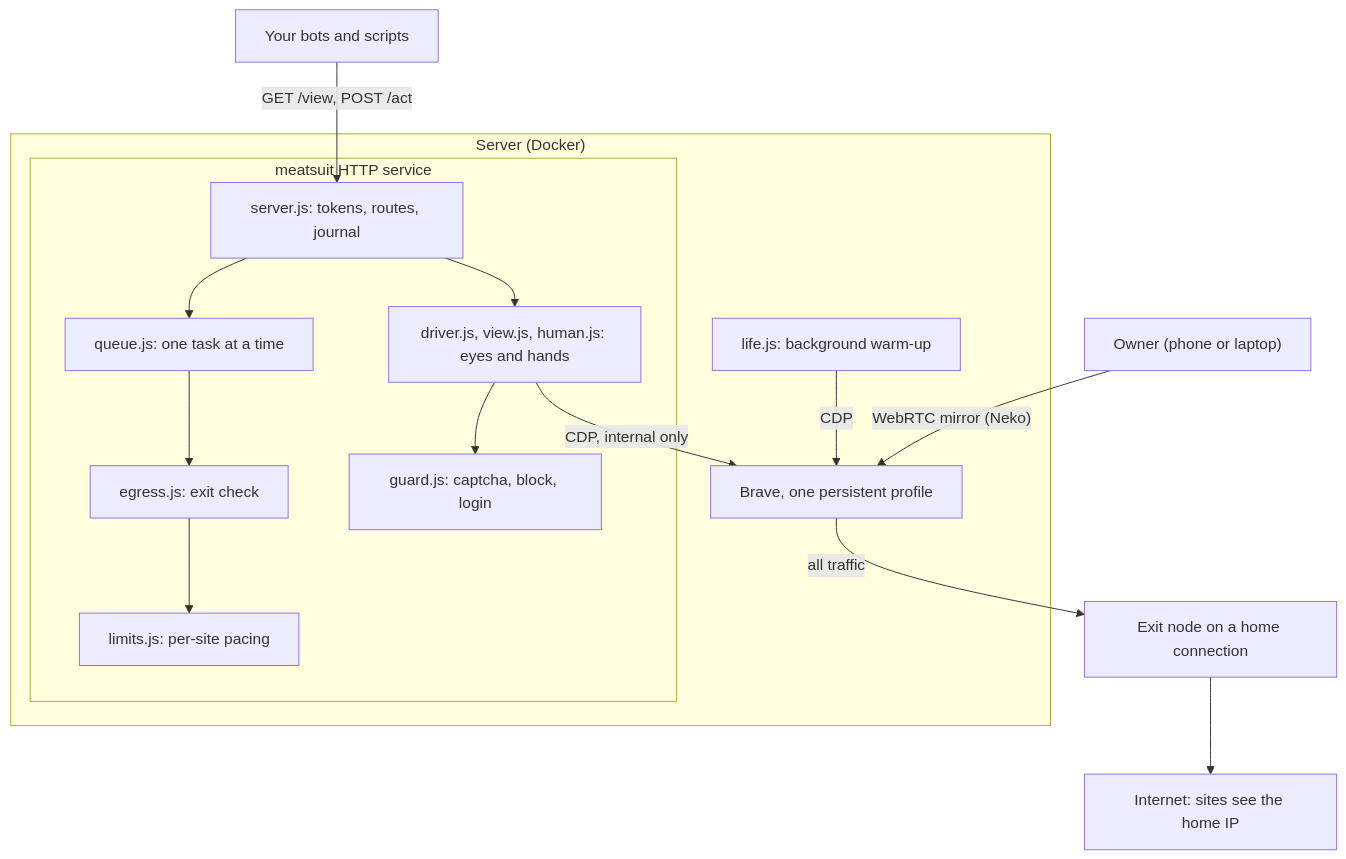
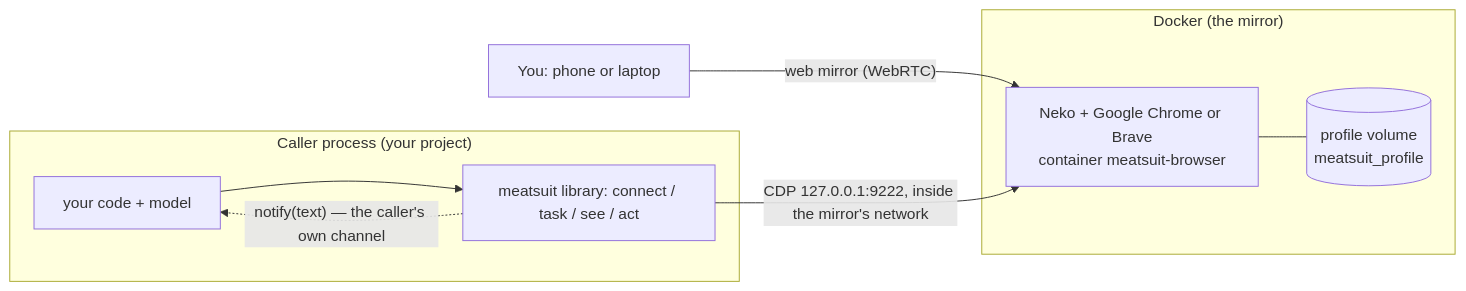
One commit to AnoirsGit/meatsuit changed the diagram in docs/architecture.md. Above: the diagram before and after it, drawn with Mermaid. The commit also changed other lines of this file and 16 other files, not shown here.

````diff
--- a/docs/architecture.md
+++ b/docs/architecture.md
@@ -36,25 +7,16 @@
 ```mermaid
-flowchart TB
-  subgraph server["Server (Docker)"]
-    browser["Brave, one persistent profile"]
-    subgraph svc["meatsuit HTTP service"]
-      api["server.js: tokens, routes, journal"]
-      queue["queue.js: one task at a time"]
-      limits["limits.js: per-site pacing"]
-      egress["egress.js: exit check"]
-      driver["driver.js, view.js, human.js: eyes and hands"]
-      guard["guard.js: captcha, block, login"]
-    end
-    warm["life.js: background warm-up"]
+flowchart LR
+  subgraph caller["Caller process (your project)"]
+    code["your code + model"]
+    lib["meatsuit library: connect / task / see / act"]
+    code --> lib
   end
-
-  owner["Owner (phone or laptop)"] -- "WebRTC mirror (Neko)" --> browser
-  bots["Your bots and scripts"] -- "GET /view, POST /act" --> api
-  api --> queue --> egress --> limits
-  api --> driver
-  driver --> guard
-  driver -- "CDP, internal only" --> browser
-  warm -- "CDP" --> browser
-  browser -- "all traffic" --> exitnode["Exit node on a home connection"]
-  exitnode --> web["Internet: sites see the home IP"]
+  subgraph docker["Docker (the mirror)"]
+    browser["Neko + Google Chrome or Brave\ncontainer meatsuit-browser"]
+    profile[("profile volume\nmeatsuit_profile")]
+    browser --- profile
+  end
+  human["You: phone or laptop"] -- "web mirror (WebRTC)" --> browser
+  lib -- "CDP 127.0.0.1:9222, inside the mirror's network" --> browser
+  lib -. "notify(text) — the caller's own channel" .-> code
 ```
````
